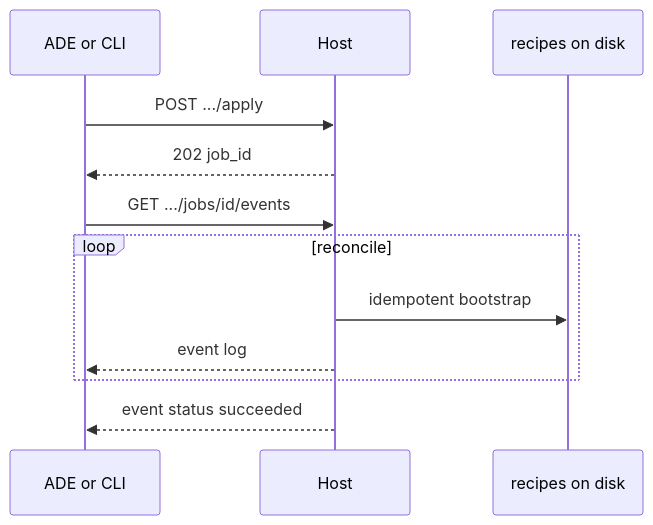
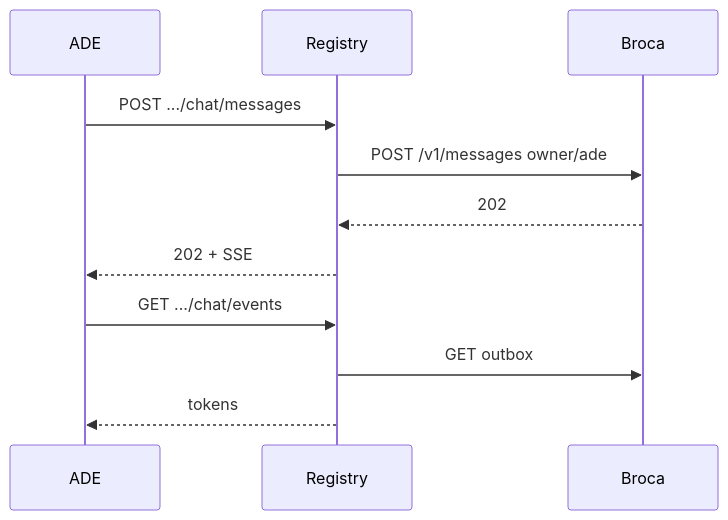
The second of 3 diagrams in docs/host-os/api-map-v0.md (sanctumos/ade), drawn with Mermaid before and after one commit. The commit also changed other lines of this file and 6 other files, not shown here.

First line of the commit message:
Split Registry (hive + light Broca transport) from the installer harness.

````diff
--- a/docs/host-os/api-map-v0.md
+++ b/docs/host-os/api-map-v0.md
@@ -237,15 +185,14 @@
 ```mermaid
 sequenceDiagram
-  participant C as ADE or CLI
-  participant H as Host
-  participant R as recipes on disk
+  participant ADE
+  participant Reg as Registry
+  participant Broca
 
-  C->>H: POST .../apply
-  H-->>C: 202 job_id
-  C->>H: GET .../jobs/id/events
-  loop reconcile
-    H->>R: idempotent bootstrap
-    H-->>C: event log
-  end
-  H-->>C: event status succeeded
+  ADE->>Reg: POST .../chat/messages
+  Reg->>Broca: POST /v1/messages owner/ade
+  Broca-->>Reg: 202
+  Reg-->>ADE: 202 + SSE
+  ADE->>Reg: GET .../chat/events
+  Reg->>Broca: GET outbox
+  Reg-->>ADE: tokens
 ```
````
